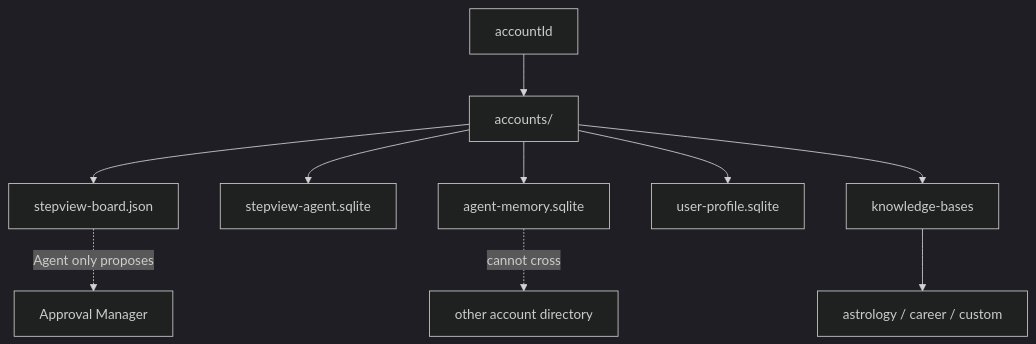
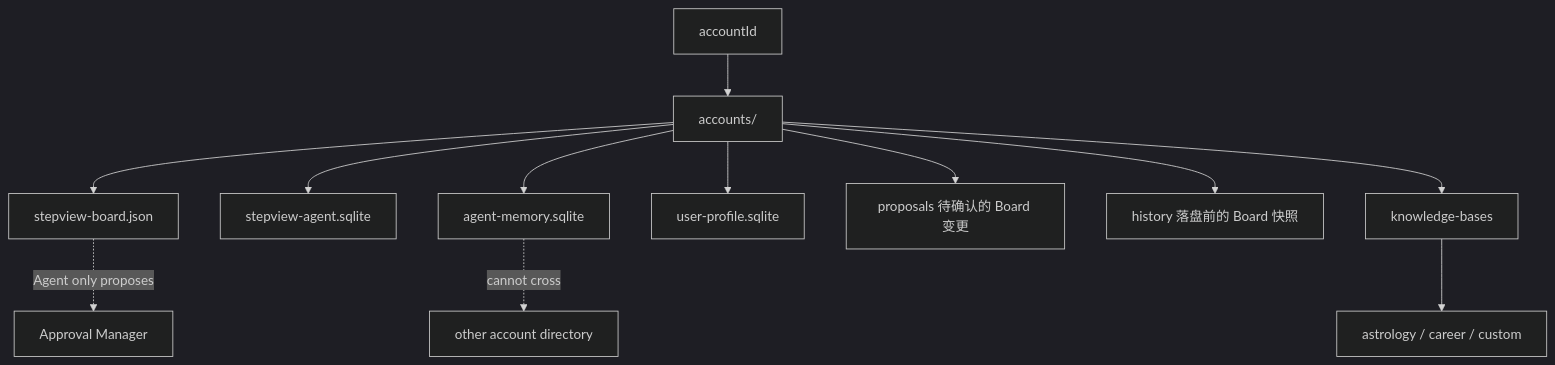
Before and after one commit to Long95percent/StepView: the seventh of 7 diagrams in docs/ARCHITECTURE_AND_EXTENSION_GUIDE.md, drawn with Mermaid (dark theme). The commit also changed other lines of this file and 40 other files, not shown here.

````diff
--- a/docs/ARCHITECTURE_AND_EXTENSION_GUIDE.md
+++ b/docs/ARCHITECTURE_AND_EXTENSION_GUIDE.md
@@ -309,12 +359,14 @@
 ```mermaid
 flowchart TD
     ACCOUNT[accountId] --> DIR[accounts/<account-id>]
     DIR --> BOARD[stepview-board.json]
     DIR --> SESSION[stepview-agent.sqlite]
     DIR --> MEMORY[agent-memory.sqlite]
     DIR --> PROFILE[user-profile.sqlite]
+    DIR --> PROPOSALS[proposals 待确认的 Board 变更]
+    DIR --> HISTORY[history 落盘前的 Board 快照]
     DIR --> KBS[knowledge-bases]
     KBS --> KB1[astrology / career / custom]
     MEMORY -. cannot cross .-> OTHER[other account directory]
     BOARD -. Agent only proposes .-> APPROVE[Approval Manager]
 ```
````
